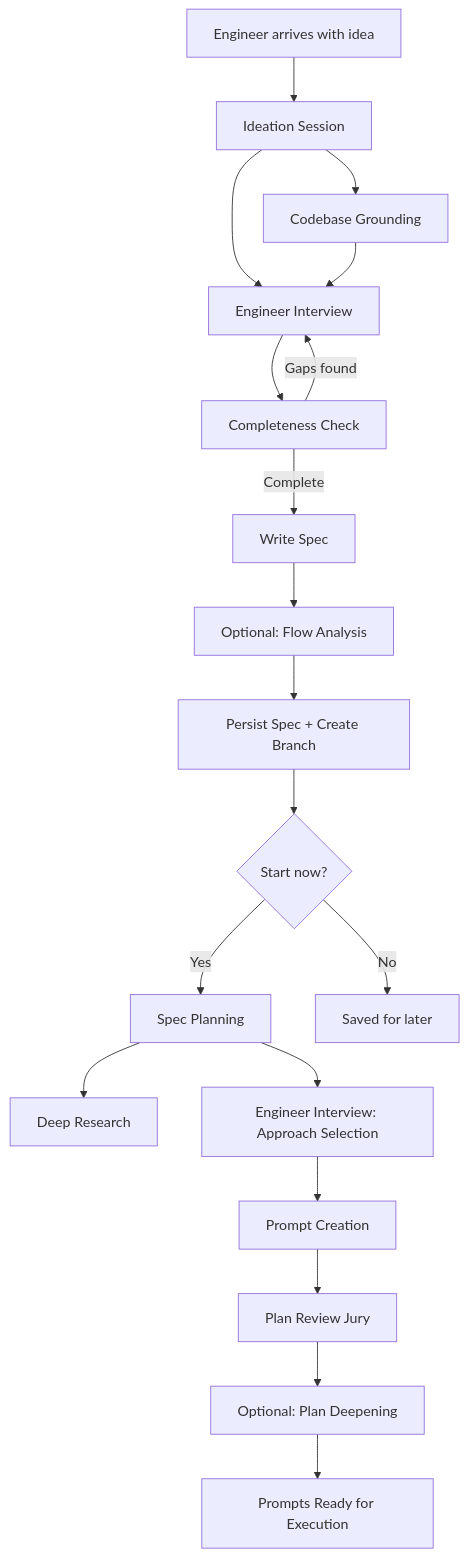
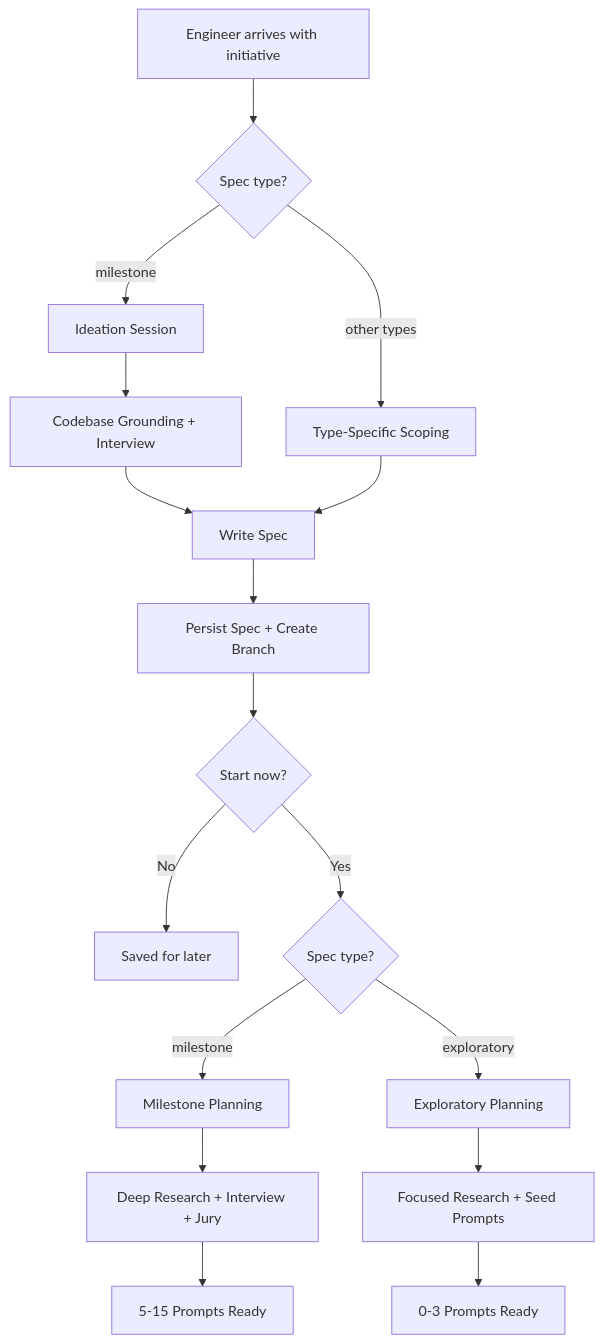
One commit to kalem-edlin/all-hands-cli changed the diagram in docs/flows/spec-planning.md. Above: the diagram before and after it, drawn with Mermaid. The commit also changed other lines of this file and 17 other files, not shown here.

````diff
--- a/docs/flows/spec-planning.md
+++ b/docs/flows/spec-planning.md
@@ -11,21 +11,19 @@
 ```mermaid
 flowchart TD
-    A[Engineer arrives with idea] --> B[Ideation Session]
-    B --> C[Codebase Grounding]
-    B --> D[Engineer Interview]
-    C --> D
-    D --> E[Completeness Check]
-    E -->|Gaps found| D
-    E -->|Complete| F[Write Spec]
-    F --> G[Optional: Flow Analysis]
-    G --> H[Persist Spec + Create Branch]
-    H --> I{Start now?}
-    I -->|Yes| J[Spec Planning]
-    I -->|No| K[Saved for later]
-    J --> L[Deep Research]
-    J --> M[Engineer Interview: Approach Selection]
-    M --> N[Prompt Creation]
-    N --> O[Plan Review Jury]
-    O --> P[Optional: Plan Deepening]
-    P --> Q[Prompts Ready for Execution]
+    A[Engineer arrives with initiative] --> B{Spec type?}
+    B -->|milestone| C[Ideation Session]
+    B -->|other types| SC[Type-Specific Scoping]
+    C --> D[Codebase Grounding + Interview]
+    D --> E[Write Spec]
+    SC --> E
+    E --> F[Persist Spec + Create Branch]
+    F --> G{Start now?}
+    G -->|No| H[Saved for later]
+    G -->|Yes| I{Spec type?}
+    I -->|milestone| J[Milestone Planning]
+    I -->|exploratory| K[Exploratory Planning]
+    J --> L[Deep Research + Interview + Jury]
+    L --> M[5-15 Prompts Ready]
+    K --> N[Focused Research + Seed Prompts]
+    N --> O[0-3 Prompts Ready]
 ```
````
